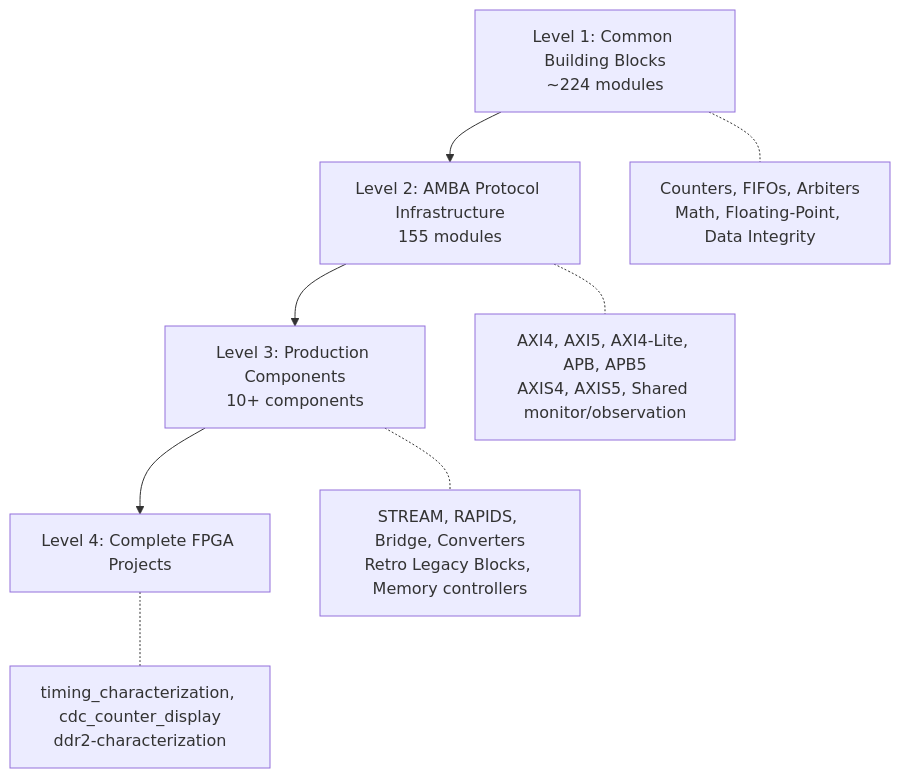
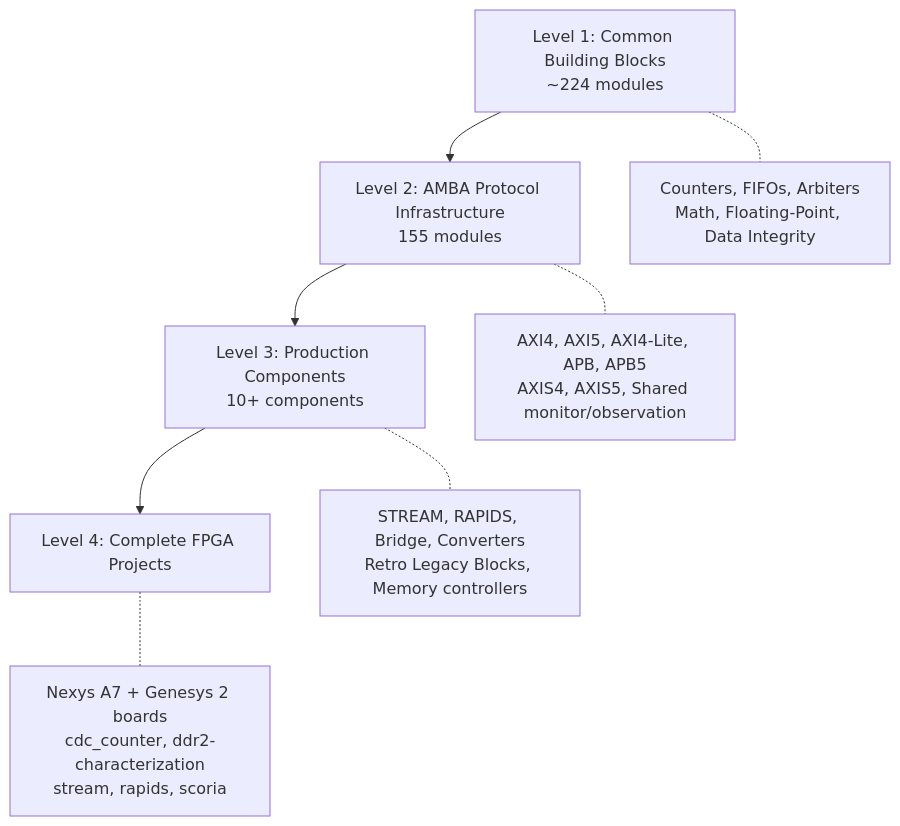
The diagram in README.md (sean-galloway/RTLDesignSherpa), drawn with Mermaid before and after one commit. The commit also changed other lines of this file and 2 other files, not shown here.

First line of the commit message:
docs(readme): license name, monitor whitepaper, components by IP type, FPGA by board

````diff
--- a/README.md
+++ b/README.md
@@ -76,16 +76,16 @@
 ```mermaid
 graph TD
     L1[Level 1: Common Building Blocks<br/>~224 modules] --> L2[Level 2: AMBA Protocol Infrastructure<br/>155 modules]
     L2 --> L4[Level 3: Production Components<br/>10+ components]
     L4 --> L5[Level 4: Complete FPGA Projects]
 
     L1 -.- L1D[Counters, FIFOs, Arbiters<br/>Math, Floating-Point, Data Integrity]
     L2 -.- L2D[AXI4, AXI5, AXI4-Lite, APB, APB5<br/>AXIS4, AXIS5, Shared monitor/observation]
     L4 -.- L4D[STREAM, RAPIDS, Bridge, Converters<br/>Retro Legacy Blocks, Memory controllers]
-    L5 -.- L5D[timing_characterization, cdc_counter_display<br/>ddr2-characterization]
+    L5 -.- L5D[Nexys A7 + Genesys 2 boards<br/>cdc_counter, ddr2-characterization<br/>stream, rapids, scoria]
 
     click L1 "rtl/common/" "Common Building Blocks"
     click L2 "rtl/amba/" "AMBA Protocol Infrastructure"
     click L4 "projects/components/" "Production Components"
-    click L5 "projects/fpga-systems/NexysA7/" "FPGA Projects"
+    click L5 "projects/fpga-systems/" "FPGA Projects"
 ```
````
